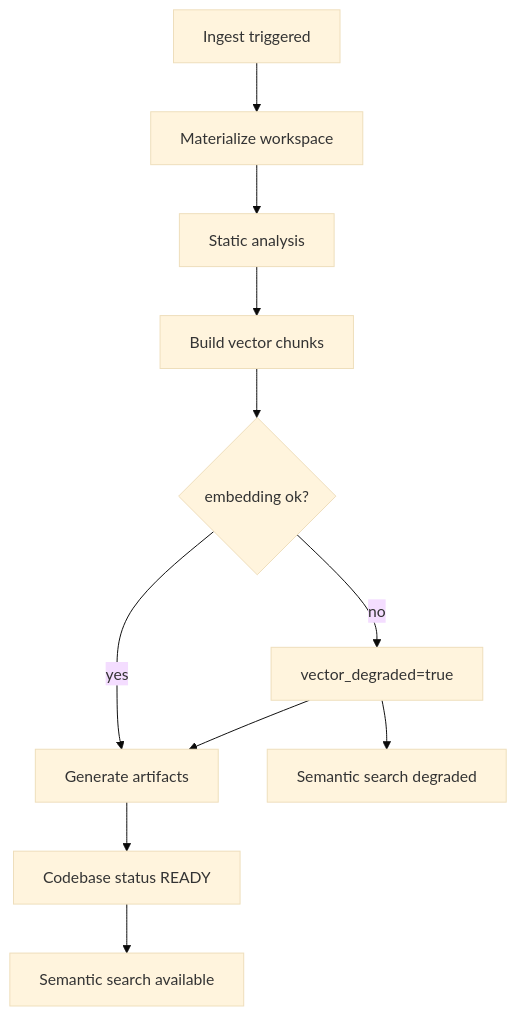
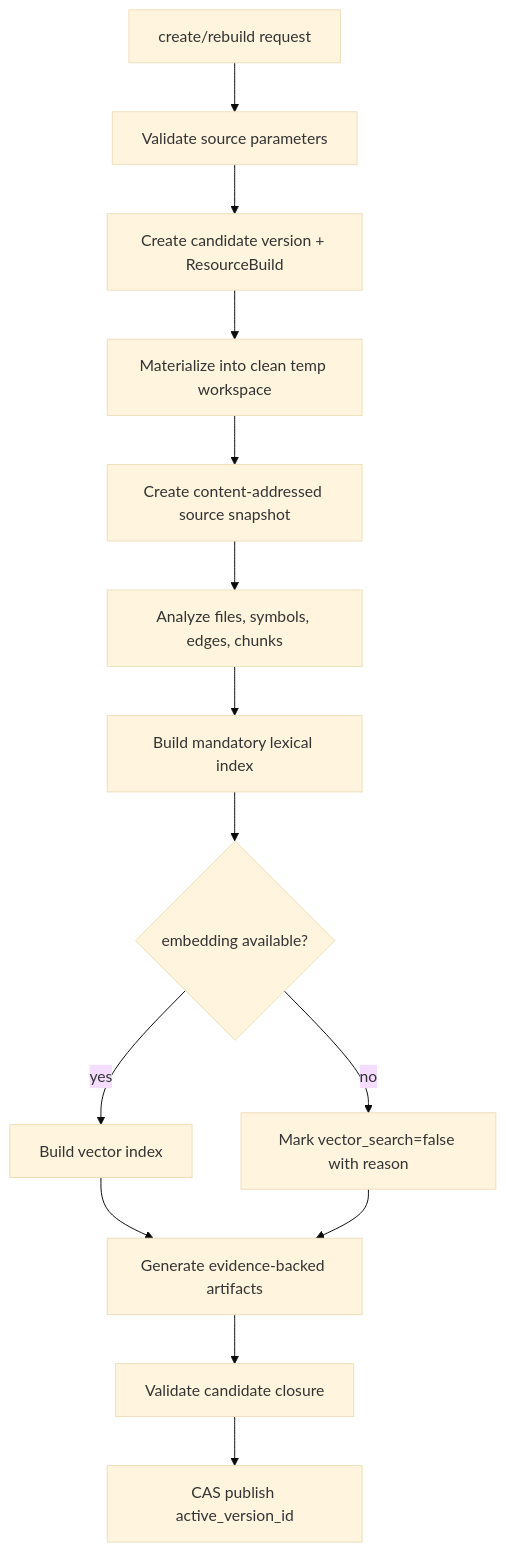
The diagram in docs/architecture/codebase-reindex.md (OceaLong/opencitadel), drawn with Mermaid (base theme) before and after one commit. The commit also changed other lines of this file and 333 other files, not shown here.

````diff
--- a/docs/architecture/codebase-reindex.md
+++ b/docs/architecture/codebase-reindex.md
@@ -30,13 +32,16 @@
 ```mermaid
 flowchart TD
-  Start["Ingest triggered"] --> Materialize["Materialize workspace"]
-  Materialize --> Analyze["Static analysis"]
-  Analyze --> Index["Build vector chunks"]
-  Index --> EmbedOk{"embedding ok?"}
-  EmbedOk -->|"no"| Degraded["vector_degraded=true"]
-  EmbedOk -->|"yes"| Artifacts["Generate artifacts"]
+  Request["create/rebuild request"] --> Validate["Validate source parameters"]
+  Validate --> Candidate["Create candidate version + ResourceBuild"]
+  Candidate --> Materialize["Materialize into clean temp workspace"]
+  Materialize --> Snapshot["Create content-addressed source snapshot"]
+  Snapshot --> Analyze["Analyze files, symbols, edges, chunks"]
+  Analyze --> Lexical["Build mandatory lexical index"]
+  Lexical --> Vector{"embedding available?"}
+  Vector -->|"yes"| Hybrid["Build vector index"]
+  Vector -->|"no"| Degraded["Mark vector_search=false with reason"]
+  Hybrid --> Artifacts["Generate evidence-backed artifacts"]
   Degraded --> Artifacts
-  Artifacts --> Ready["Codebase status READY"]
-  Ready --> Search["Semantic search available"]
-  Degraded --> SearchDegraded["Semantic search degraded"]
+  Artifacts --> ValidateClosure["Validate candidate closure"]
+  ValidateClosure --> Publish["CAS publish active_version_id"]
 ```
````
